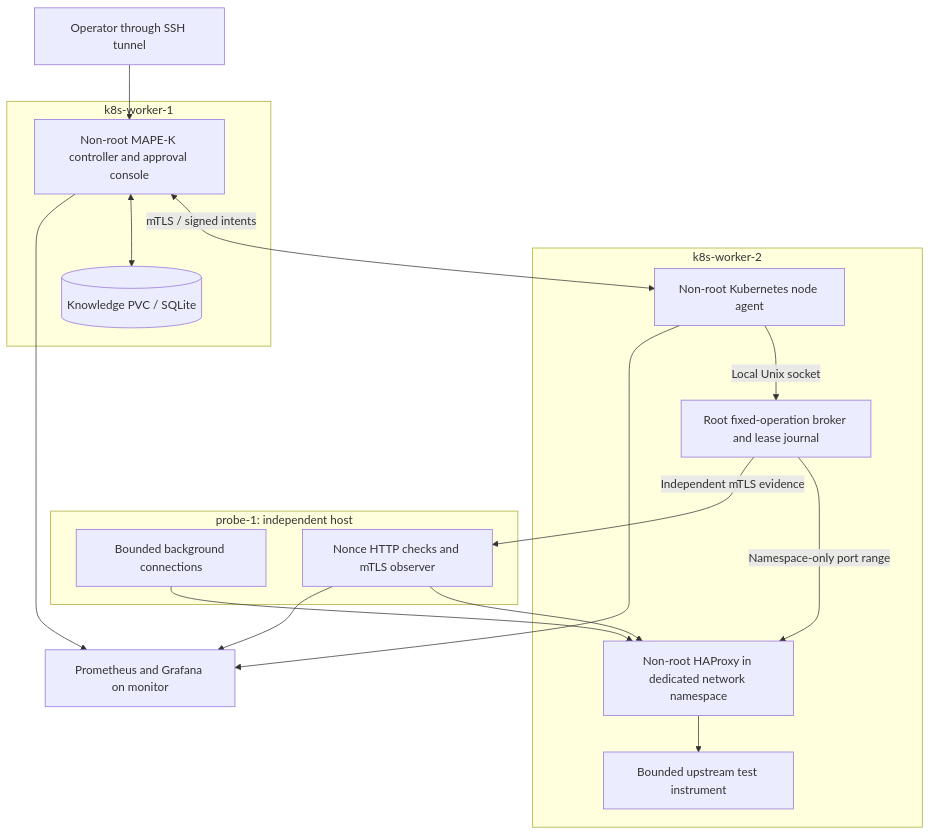
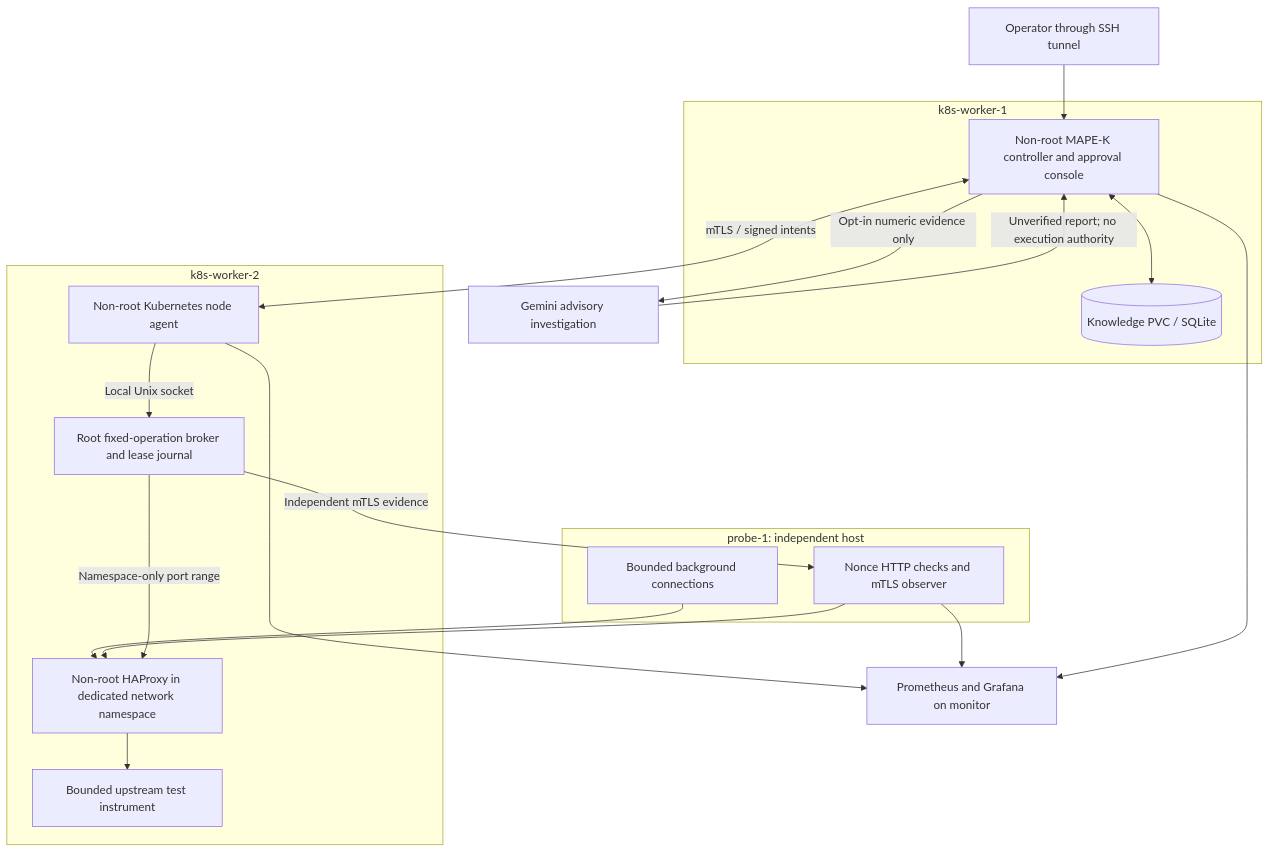
Before and after one commit to TusharShingrani/Self-healing-infrastructure: the diagram in docs/architecture.md, drawn with Mermaid. The commit also changed 11 other files, not shown here.

Commit message:
Add evidence-constrained Gemini investigation and human repair records

````diff
--- a/docs/architecture.md
+++ b/docs/architecture.md
@@ -7,29 +7,31 @@
 ```mermaid
 flowchart TB
   subgraph Probe[probe-1: independent host]
     Load[Bounded background connections]
     Check[Nonce HTTP checks and mTLS observer]
   end
   subgraph Worker[k8s-worker-2]
     Gateway[Non-root HAProxy in dedicated network namespace]
     Upstream[Bounded upstream test instrument]
     Broker[Root fixed-operation broker and lease journal]
     Agent[Non-root Kubernetes node agent]
   end
   subgraph Control[k8s-worker-1]
     Controller[Non-root MAPE-K controller and approval console]
     K[(Knowledge PVC / SQLite)]
   end
   Load --> Gateway
   Check --> Gateway
   Gateway --> Upstream
   Broker -->|Namespace-only port range| Gateway
   Broker -->|Independent mTLS evidence| Check
   Agent -->|Local Unix socket| Broker
   Controller <-->|mTLS / signed intents| Agent
   Controller <--> K
   Operator[Operator through SSH tunnel] --> Controller
+  Controller -->|Opt-in numeric evidence only| Advisor[Gemini advisory investigation]
+  Advisor -->|Unverified report; no execution authority| Controller
   Agent --> Metrics[Prometheus and Grafana on monitor]
   Check --> Metrics
   Controller --> Metrics
 ```
````
